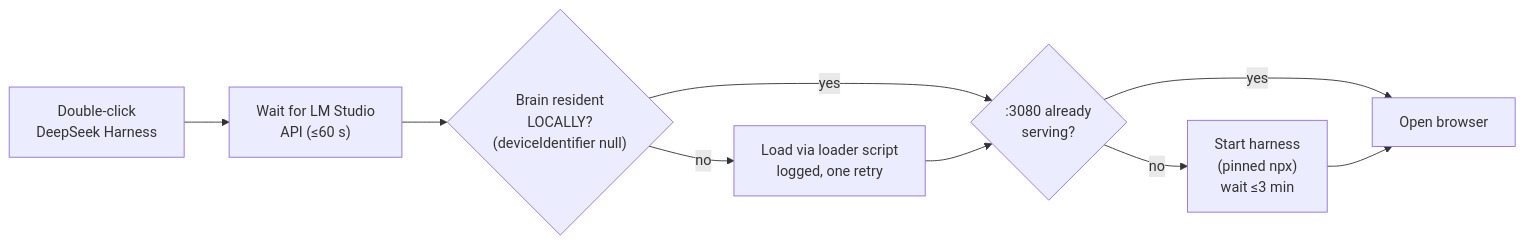
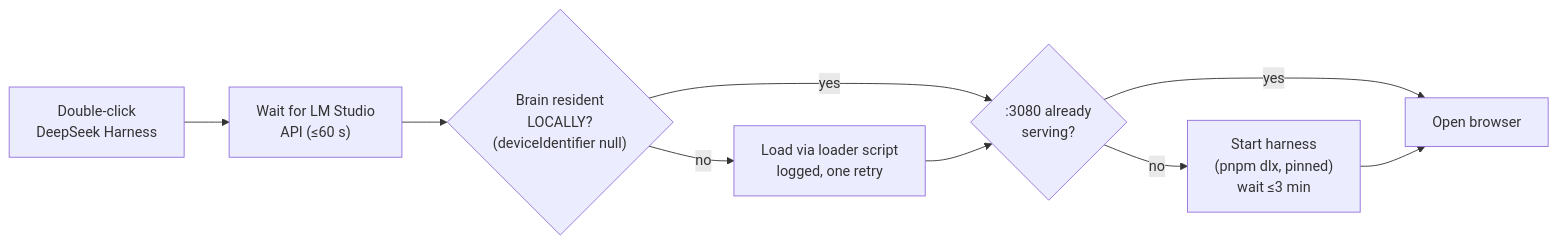
The third of 3 diagrams in docs/USER-MANUAL.md (scottconverse/halo-stack), drawn with Mermaid before and after one commit. The commit also changed other lines of this file and 8 other files, not shown here.

````diff
--- a/docs/USER-MANUAL.md
+++ b/docs/USER-MANUAL.md
@@ -87,11 +87,11 @@
 ```mermaid
 flowchart LR
     A["Double-click<br/>DeepSeek Harness"] --> C["Wait for LM Studio<br/>API (≤60 s)"]
     C --> D{"Brain resident<br/>LOCALLY?<br/>(deviceIdentifier null)"}
     D -- no --> E["Load via loader script<br/>logged, one retry"]
     D -- yes --> F
     E --> F{":3080 already<br/>serving?"}
-    F -- no --> G["Start harness<br/>(pinned npx)<br/>wait ≤3 min"]
+    F -- no --> G["Start harness<br/>(pnpm dlx, pinned)<br/>wait ≤3 min"]
     F -- yes --> Z["Open browser"]
     G --> Z
 ```
````
